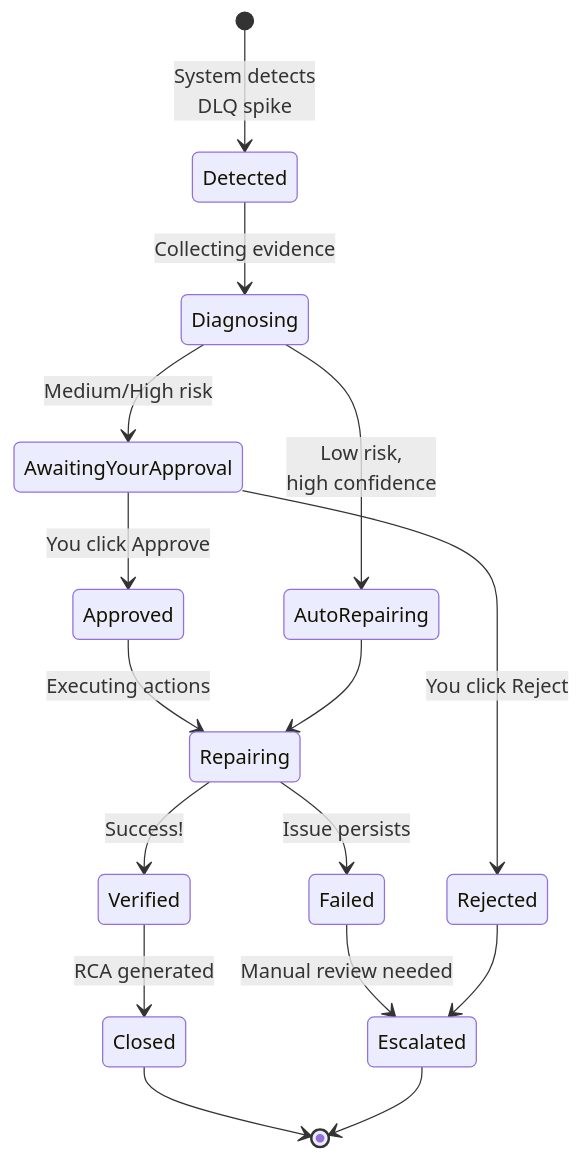
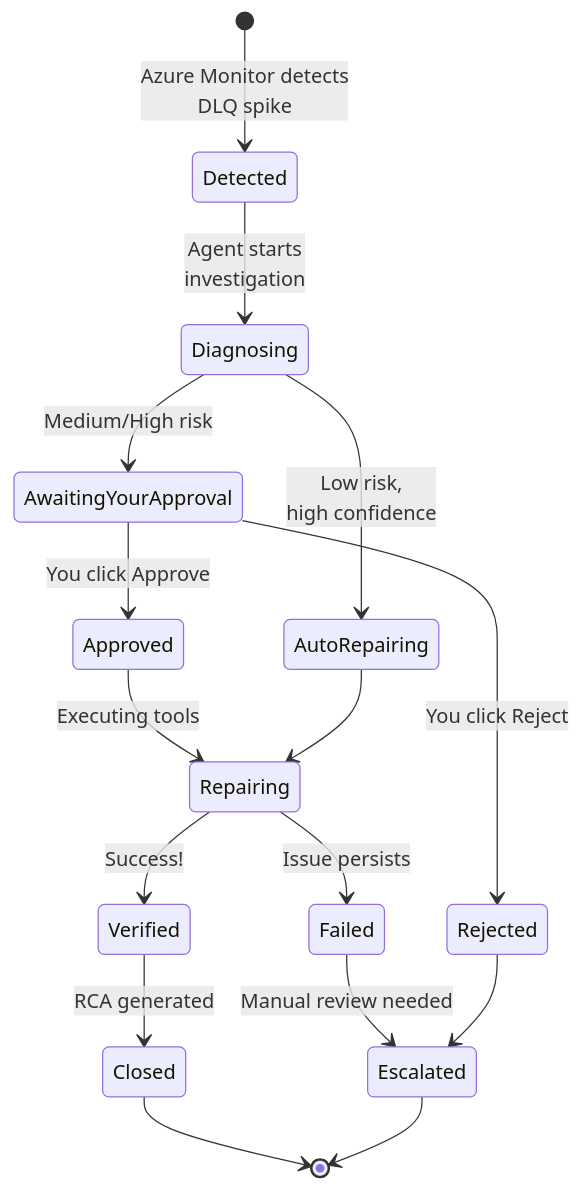
The second of 10 diagrams in docs/03-User-Manual.md (mayankgupta7673/Continuum-Ops), drawn with Mermaid before and after one commit. The commit also changed other lines of this file and 8 other files, not shown here.

````diff
--- a/docs/03-User-Manual.md
+++ b/docs/03-User-Manual.md
@@ -69,24 +69,24 @@
 ```mermaid
 stateDiagram-v2
-    [*] --> Detected: System detects<br/>DLQ spike
+    [*] --> Detected: Azure Monitor detects<br/>DLQ spike
     
-    Detected --> Diagnosing: Collecting evidence
+    Detected --> Diagnosing: Agent starts<br/>investigation
     Diagnosing --> AwaitingYourApproval: Medium/High risk
     Diagnosing --> AutoRepairing: Low risk,<br/>high confidence
     
     AwaitingYourApproval --> Approved: You click Approve
     AwaitingYourApproval --> Rejected: You click Reject
     
-    Approved --> Repairing: Executing actions
+    Approved --> Repairing: Executing tools
     AutoRepairing --> Repairing
     
     Repairing --> Verified: Success!
     Repairing --> Failed: Issue persists
     
     Verified --> Closed: RCA generated
     Failed --> Escalated: Manual review needed
     Rejected --> Escalated
     
     Closed --> [*]
     Escalated --> [*]
 ```
````
